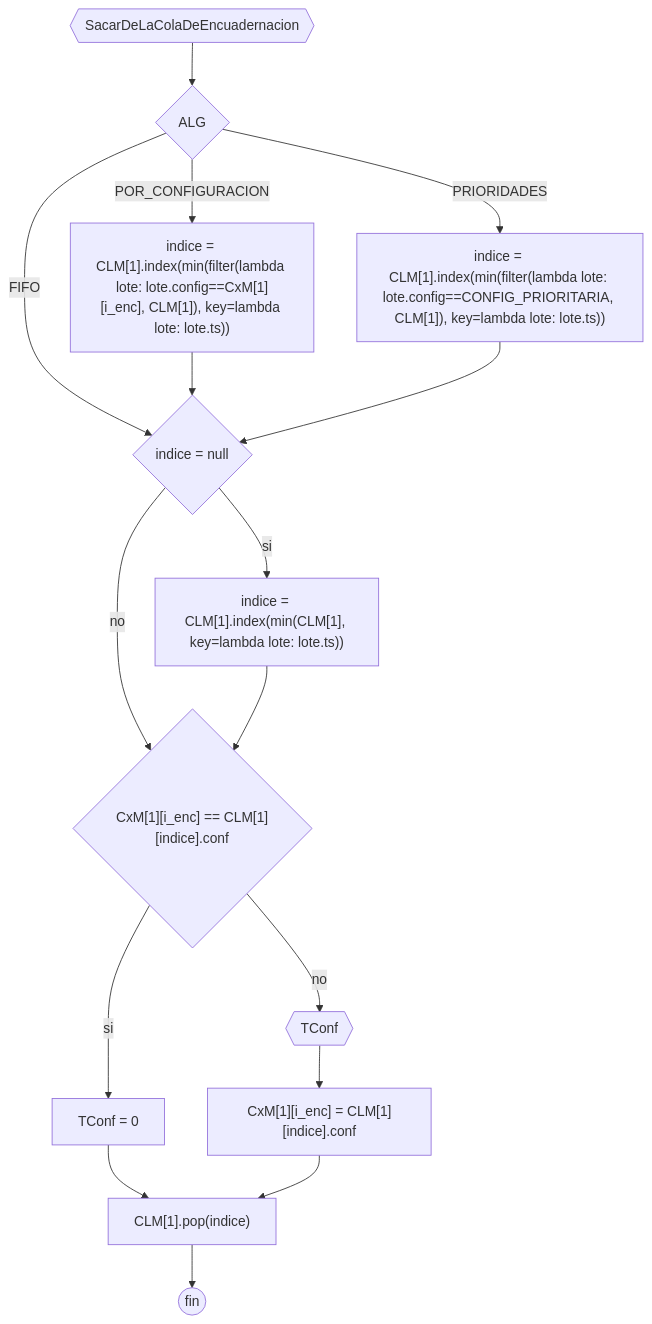
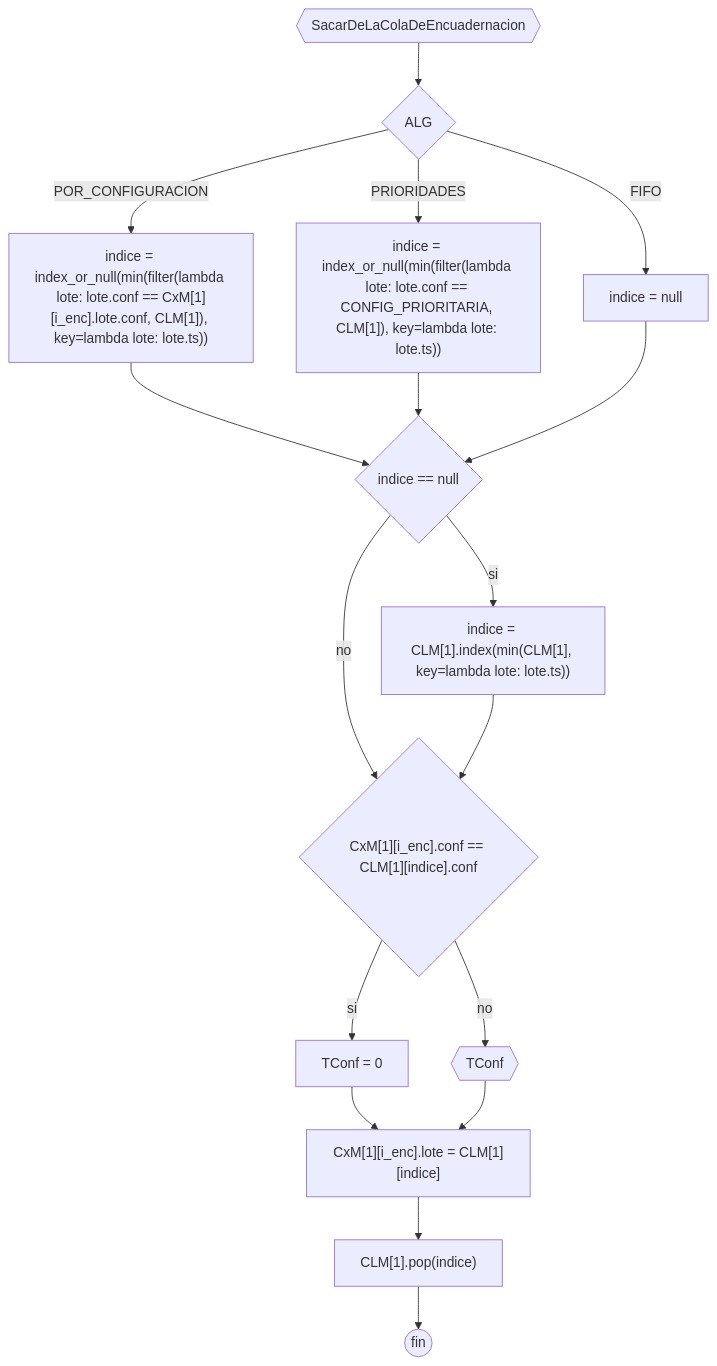
Before and after one commit to JuanManuelPrividera/TP-Simu: the diagram in docs/Diagramas/encuadernacion/SacarDeLaColaDeEncuadernacion.mermaid, drawn with Mermaid. The commit also changed 24 other files, not shown here.

```diff
--- a/docs/Diagramas/encuadernacion/SacarDeLaColaDeEncuadernacion.mermaid
+++ b/docs/Diagramas/encuadernacion/SacarDeLaColaDeEncuadernacion.mermaid
@@ -1,15 +1,16 @@
 flowchart TD
 a0{{SacarDeLaColaDeEncuadernacion}} --> if{ALG}
-if --> |POR_CONFIGURACION| a2["indice = CLM[1].index(min(filter(lambda lote: lote.config==CxM[1][i_enc], CLM[1]), key=lambda lote: lote.ts))"]
-if --> |PRIORIDADES| a3["indice = CLM[1].index(min(filter(lambda lote: lote.config==CONFIG_PRIORITARIA, CLM[1]), key=lambda lote: lote.ts))"]
-if --> |FIFO| a1{indice = null}
-a1 --> |si| b["indice = CLM[1].index(min(CLM[1], key=lambda lote: lote.ts))"]
-a1 --> |no| g
-a2 --> a1
-a3 --> a1
-b --> g{"CxM[1][i_enc] == CLM[1][indice].conf"}
+if --> |POR_CONFIGURACION| a2["indice = index_or_null(min(filter(lambda lote: lote.conf == CxM[1][i_enc].lote.conf, CLM[1]), key=lambda lote: lote.ts))"]
+if --> |PRIORIDADES| a3["indice = index_or_null(min(filter(lambda lote: lote.conf == CONFIG_PRIORITARIA, CLM[1]), key=lambda lote: lote.ts))"]
+if --> |FIFO| a1["indice = null"]
+a2 --> a4
+a3 --> a4
+a1 --> a4{"indice == null"}
+a4 --> |si| b["indice = CLM[1].index(min(CLM[1], key=lambda lote: lote.ts))"]
+a4 --> |no| g
+b --> g{"CxM[1][i_enc].conf == CLM[1][indice].conf"}
 g --> |si| g1[TConf = 0]
 g --> |no| g2{{TConf}}
-g1 --> g4
-g2 --> g3["CxM[1][i_enc] = CLM[1][indice].conf"] --> g4
-g4["CLM[1].pop(indice)"] --> g5((fin))
+g1 --> g3["CxM[1][i_enc].lote = CLM[1][indice]"]
+g2 --> g3
+g3 --> g4["CLM[1].pop(indice)"] --> g5((fin))
```
